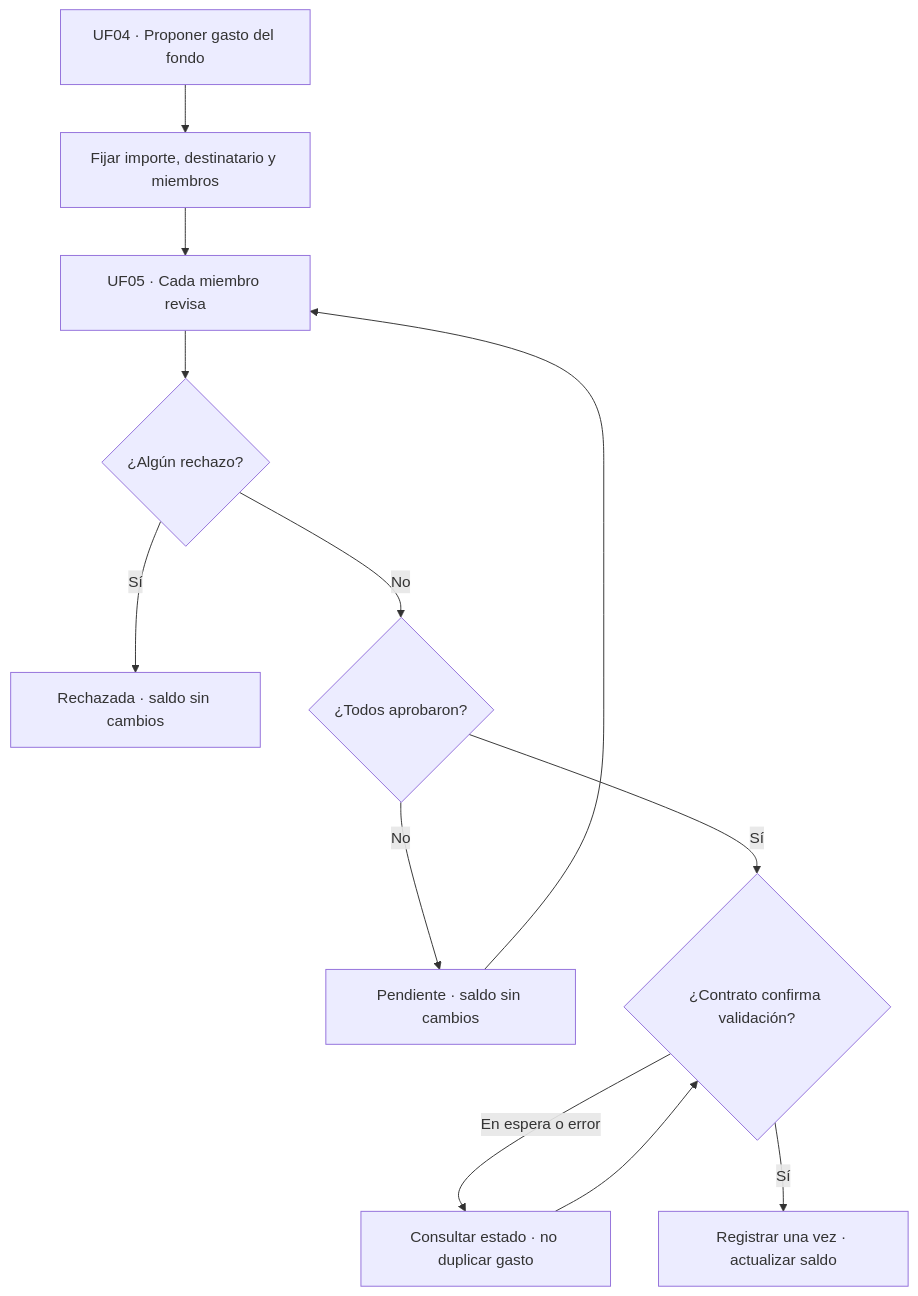
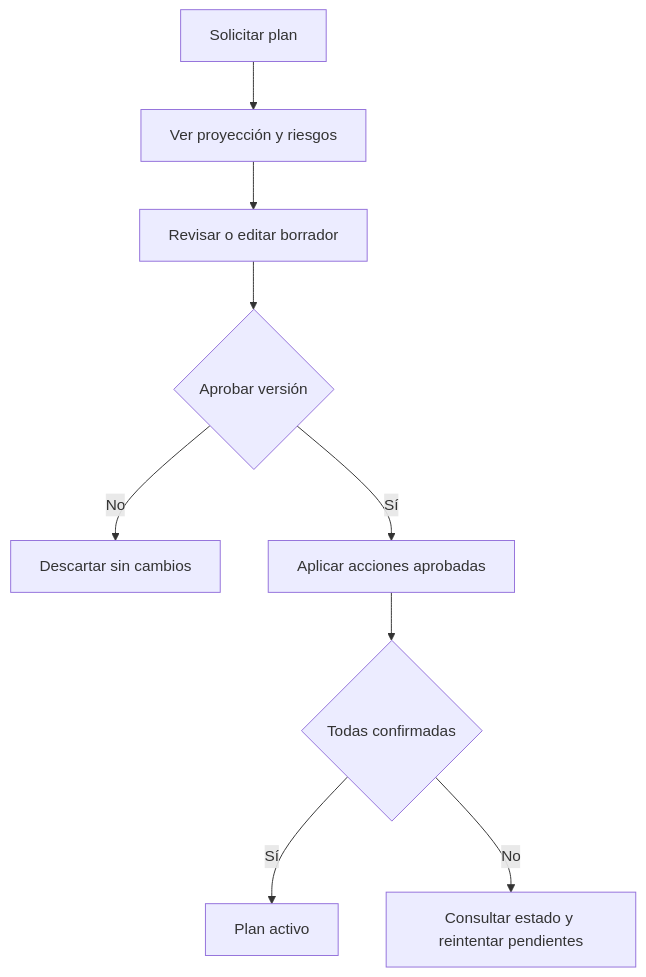
The third of 3 diagrams in docs/06-cha06-solution-ux-design.md (G3-Arquitectura-de-Software-Emergentes/TF_1ASI0728_202620_TF), drawn with Mermaid before and after one commit. The commit also changed other lines of this file and 28 other files, not shown here.

````diff
--- a/docs/06-cha06-solution-ux-design.md
+++ b/docs/06-cha06-solution-ux-design.md
@@ -562,14 +541,11 @@
 ```mermaid
 flowchart TD
-  A["UF04 · Proponer gasto del fondo"] --> B["Fijar importe, destinatario y miembros"]
-  B --> C["UF05 · Cada miembro revisa"]
-  C --> D{"¿Algún rechazo?"}
-  D -- "Sí" --> E["Rechazada · saldo sin cambios"]
-  D -- "No" --> F{"¿Todos aprobaron?"}
-  F -- "No" --> G["Pendiente · saldo sin cambios"]
-  G --> C
-  F -- "Sí" --> H{"¿Contrato confirma validación?"}
-  H -- "En espera o error" --> I["Consultar estado · no duplicar gasto"]
-  I --> H
-  H -- "Sí" --> J["Registrar una vez · actualizar saldo"]
+ A[Solicitar plan] --> B[Ver proyección y riesgos]
+ B --> C[Revisar o editar borrador]
+ C --> D{Aprobar versión}
+ D -- No --> E[Descartar sin cambios]
+ D -- Sí --> F[Aplicar acciones aprobadas]
+ F --> G{Todas confirmadas}
+ G -- Sí --> H[Plan activo]
+ G -- No --> I[Consultar estado y reintentar pendientes]
 ```
````
